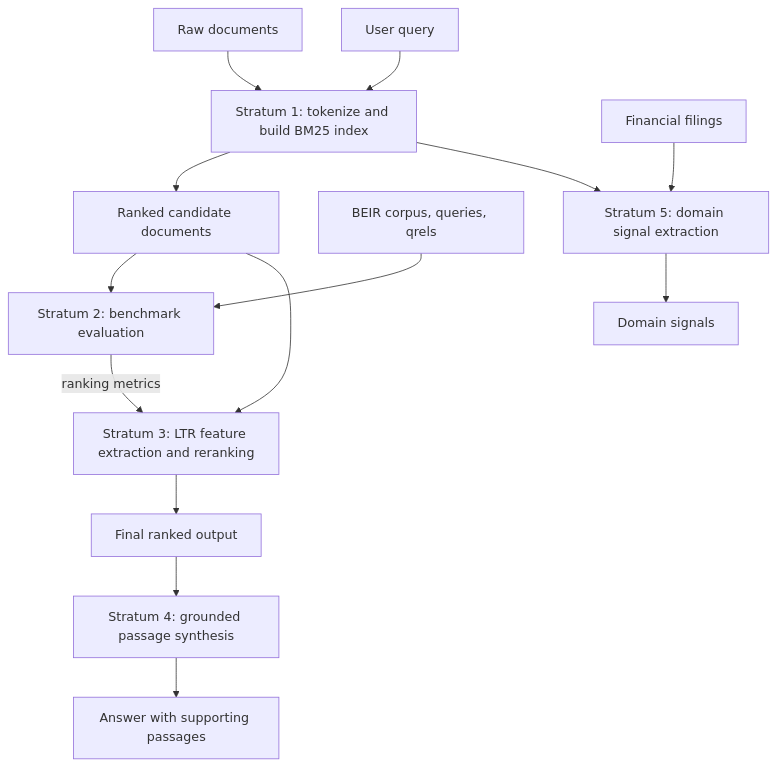
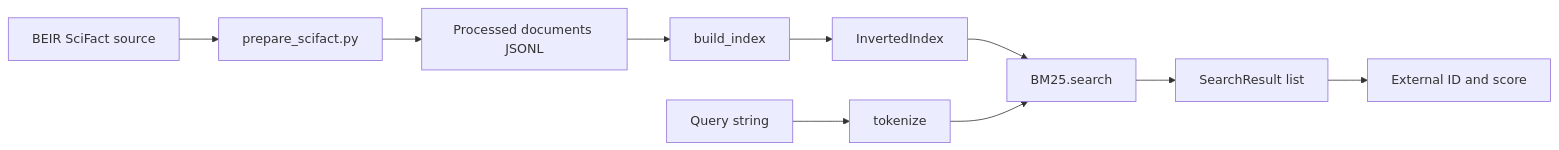
Before and after one commit to jacobkasimir/StrataJanus-IR: the diagram in docs/architecture.md, drawn with Mermaid. The commit also changed other lines of this file and 76 other files, not shown here.

````diff
--- a/docs/architecture.md
+++ b/docs/architecture.md
@@ -5,16 +7,12 @@
 ```mermaid
-graph TD
-    A[Raw documents] --> B[Stratum 1: tokenize and build BM25 index]
-    Q[User query] --> B
-    B --> C[Ranked candidate documents]
-    D[BEIR corpus, queries, qrels] --> E[Stratum 2: benchmark evaluation]
-    C --> E
-    E -->|ranking metrics| F[Stratum 3: LTR feature extraction and reranking]
-    C --> F
-    F --> G[Final ranked output]
-    G --> H[Stratum 4: grounded passage synthesis]
-    I[Financial filings] --> J[Stratum 5: domain signal extraction]
-    B --> J
-    H --> K[Answer with supporting passages]
-    J --> L[Domain signals]
+flowchart LR
+    A[BEIR SciFact source] --> B[prepare_scifact.py]
+    B --> C[Processed documents JSONL]
+    C --> D[build_index]
+    D --> E[InvertedIndex]
+    Q[Query string] --> T[tokenize]
+    E --> R[BM25.search]
+    T --> R
+    R --> S[SearchResult list]
+    S --> V[External ID and score]
 ```
````
